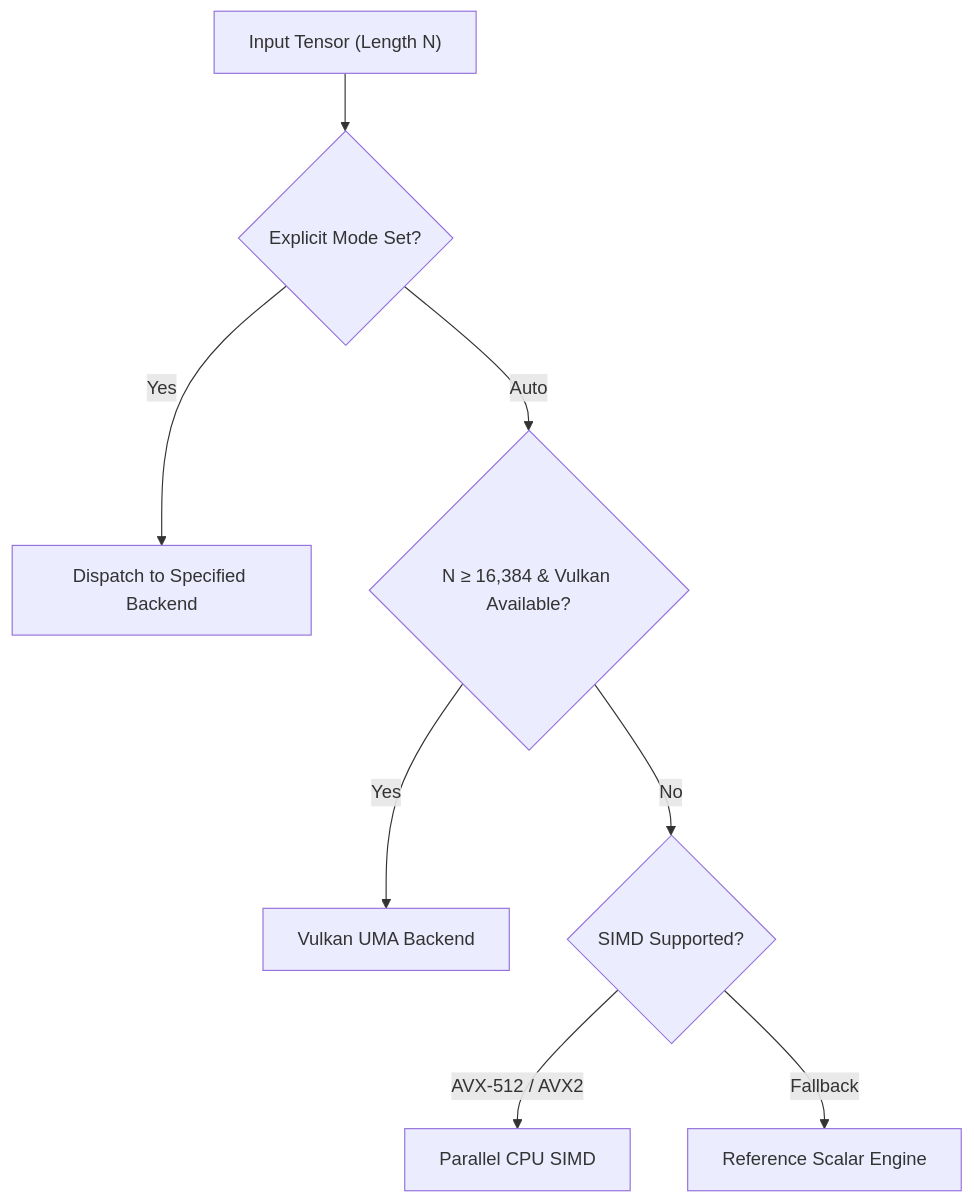
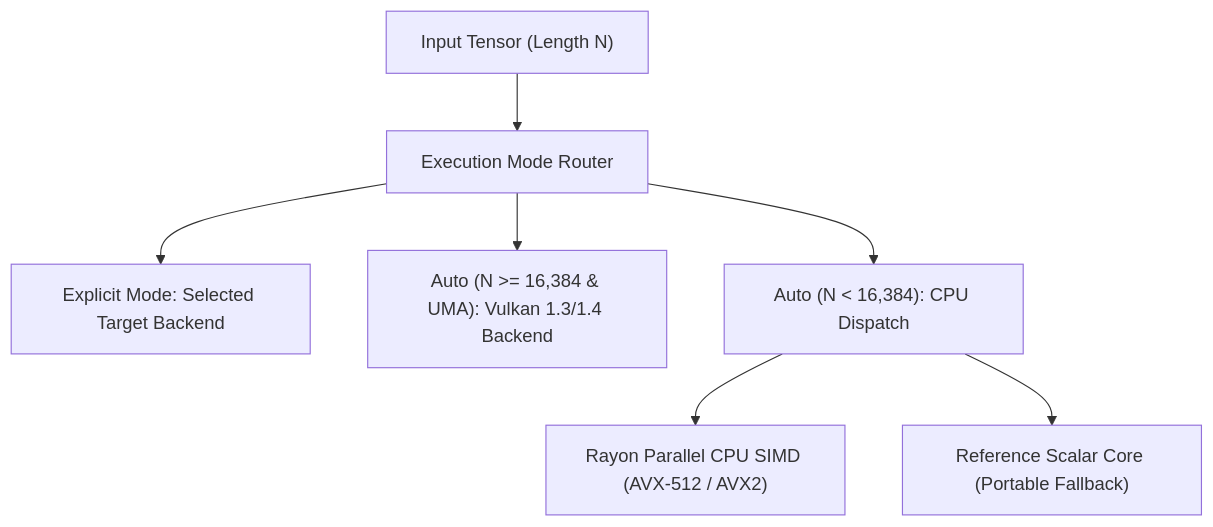
Before and after one commit to cloverx-id/luminamoon: the second of 2 diagrams in docs/optimize/dispatch/README.md, drawn with Mermaid. The commit also changed other lines of this file and 49 other files, not shown here.

Commit message:
change diagram style

````diff
--- a/docs/optimize/dispatch/README.md
+++ b/docs/optimize/dispatch/README.md
@@ -36,13 +27,9 @@
 ```mermaid
 flowchart TD
-    Tensor["Input Tensor (Length N)"] --> ModeCheck{"Explicit Mode Set?"}
-
-    ModeCheck -->|"Yes"| ManualExec["Dispatch to Specified Backend"]
-    ModeCheck -->|"Auto"| SizeCheck{"N &ge; 16,384 & Vulkan Available?"}
-
-    SizeCheck -->|"Yes"| ExecVulkan["Vulkan UMA Backend"]
-    SizeCheck -->|"No"| SIMDCheck{"SIMD Supported?"}
-
-    SIMDCheck -->|"AVX-512 / AVX2"| ExecSIMD["Parallel CPU SIMD"]
-    SIMDCheck -->|"Fallback"| ExecScalar["Reference Scalar Engine"]
+    Input["Input Tensor (Length N)"] --> Router["Execution Mode Router"]
+    Router --> Manual["Explicit Mode: Selected Target Backend"]
+    Router --> Vulkan["Auto (N >= 16,384 & UMA): Vulkan 1.3/1.4 Backend"]
+    Router --> CPU["Auto (N < 16,384): CPU Dispatch"]
+    CPU --> SIMD["Rayon Parallel CPU SIMD (AVX-512 / AVX2)"]
+    CPU --> Scalar["Reference Scalar Core (Portable Fallback)"]
 ```
````
